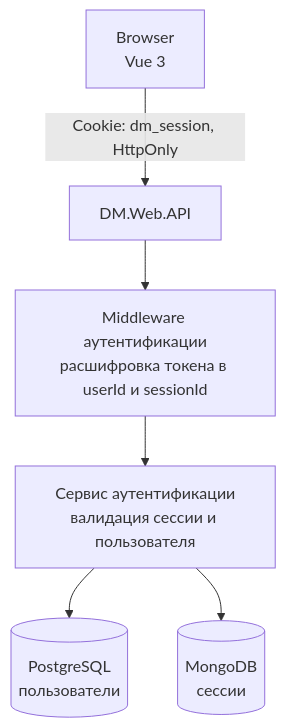
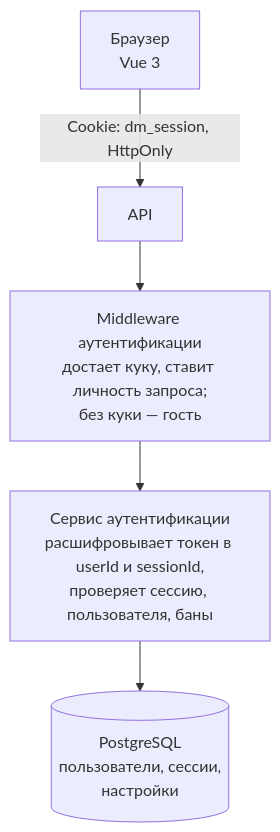
The diagram in docs/architecture/AUTHENTICATION.md (dm-am/dm3), drawn with Mermaid before and after one commit. The commit also changed other lines of this file and 1646 other files, not shown here.

````diff
--- a/docs/architecture/AUTHENTICATION.md
+++ b/docs/architecture/AUTHENTICATION.md
@@ -25,14 +25,12 @@
 ```mermaid
 flowchart TB
-    br["Browser<br/>Vue 3"]
-    api["DM.Web.API"]
-    mw["Middleware аутентификации<br/>расшифровка токена в userId и sessionId"]
-    svc["Сервис аутентификации<br/>валидация сессии и пользователя"]
-    pg[("PostgreSQL<br/>пользователи")]
-    mongo[("MongoDB<br/>сессии")]
+    br["Браузер<br/>Vue 3"]
+    api["API"]
+    mw["Middleware аутентификации<br/>достает куку, ставит личность запроса;<br/>без куки — гость"]
+    svc["Сервис аутентификации<br/>расшифровывает токен в userId и sessionId,<br/>проверяет сессию, пользователя, баны"]
+    pg[("PostgreSQL<br/>пользователи, сессии,<br/>настройки")]
 
     br -->|"Cookie: dm_session, HttpOnly"| api
     api --> mw --> svc
     svc --> pg
-    svc --> mongo
 ```
````
